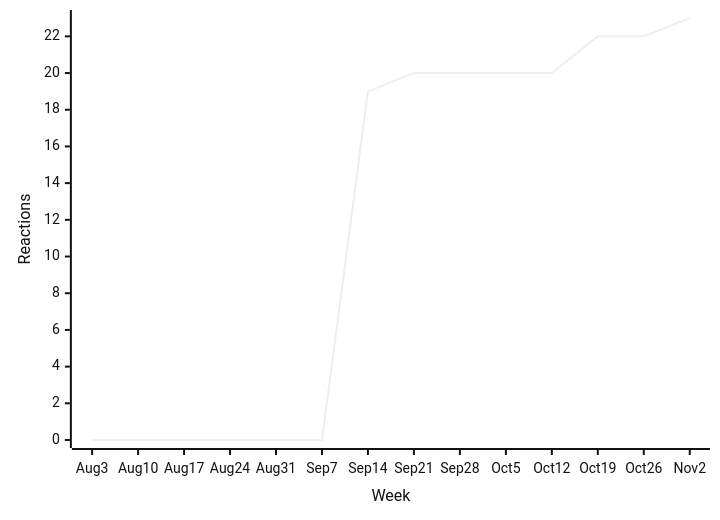
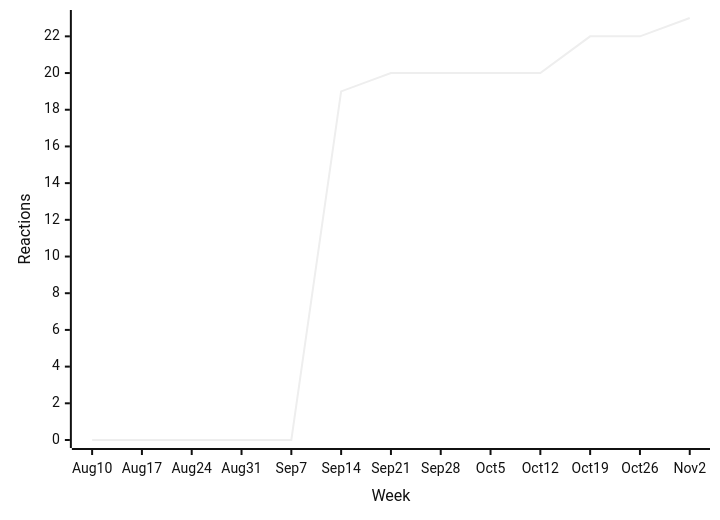
Before and after one commit to loic-sharma/github-insights: the sixth of 40 diagrams in README.md, drawn with Mermaid (neutral theme). The commit also changed other lines of this file and 3 other files, not shown here.

````diff
--- a/README.md
+++ b/README.md
@@ -409,6 +409,6 @@
   ```mermaid
   xychart-beta
-    x-axis "Week" [Aug 3, Aug 10, Aug 17, Aug 24, Aug 31, Sep 7, Sep 14, Sep 21, Sep 28, Oct 5, Oct 12, Oct 19, Oct 26, Nov 2]
+    x-axis "Week" [Aug 10, Aug 17, Aug 24, Aug 31, Sep 7, Sep 14, Sep 21, Sep 28, Oct 5, Oct 12, Oct 19, Oct 26, Nov 2]
     y-axis "Reactions"
-    line [0, 0, 0, 0, 0, 0, 19, 20, 20, 20, 20, 22, 22, 23]
+    line [0, 0, 0, 0, 0, 19, 20, 20, 20, 20, 22, 22, 23]
   ```
````
